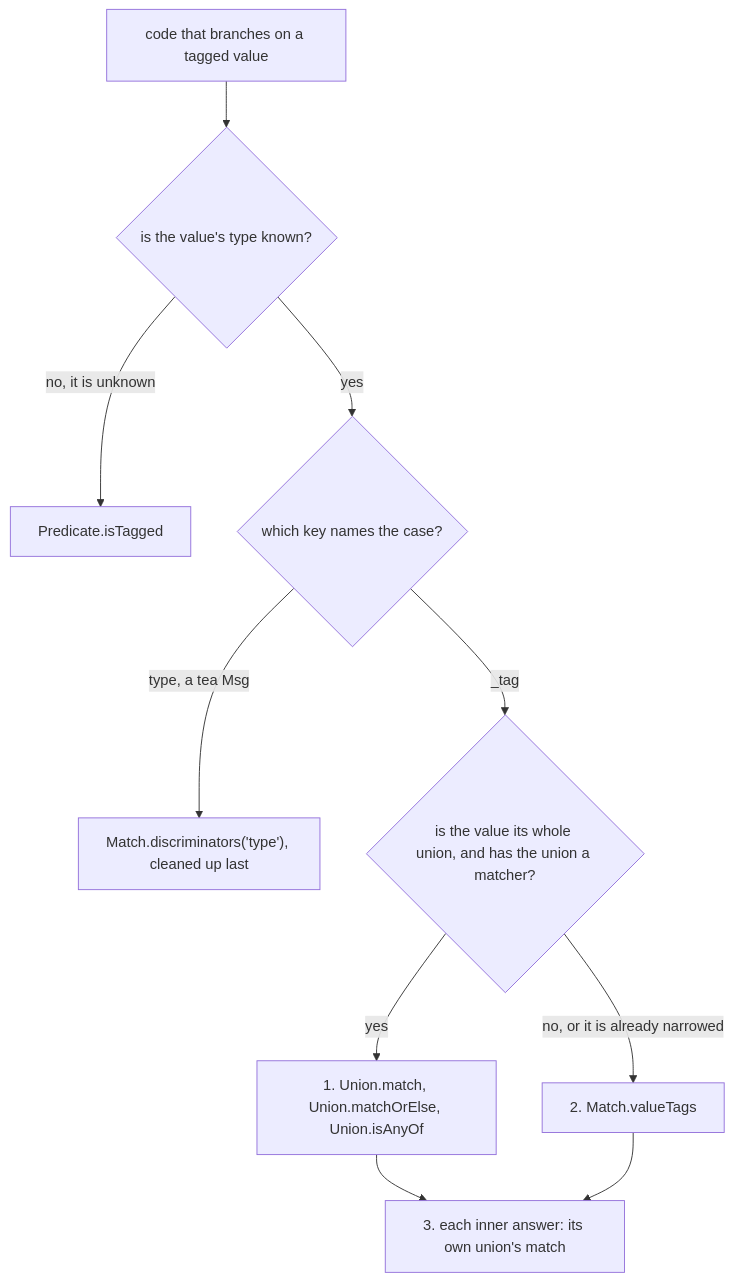
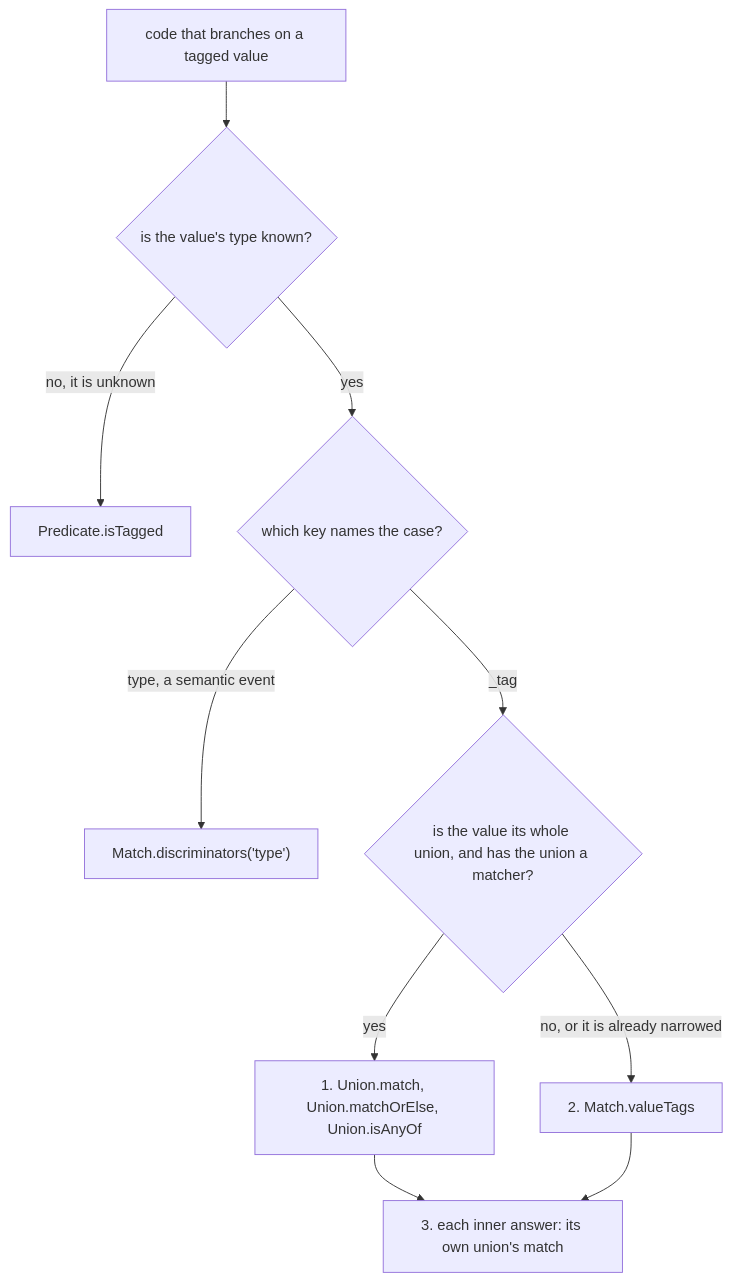
Before and after one commit to kamp-us/tea-fabrika: the diagram in .decisions/0567-a-tagged-value-is-matched.md, drawn with Mermaid. The commit also changed other lines of this file and 66 other files, not shown here.

````diff
--- a/.decisions/0567-a-tagged-value-is-matched.md
+++ b/.decisions/0567-a-tagged-value-is-matched.md
@@ -11,12 +11,12 @@
 ```mermaid
 flowchart TD
   value["code that branches on a tagged value"] --> known{"is the value's type known?"}
   known -- "no, it is unknown" --> guard["Predicate.isTagged"]
   known -- yes --> key{"which key names the case?"}
-  key -- "type, a tea Msg" --> msg["Match.discriminators('type'), cleaned up last"]
+  key -- "type, a semantic event" --> msg["Match.discriminators('type')"]
   key -- "_tag" --> own{"is the value its whole union, and has the union a matcher?"}
   own -- yes --> first["1. Union.match, Union.matchOrElse, Union.isAnyOf"]
   own -- "no, or it is already narrowed" --> second["2. Match.valueTags"]
   first --> inner["3. each inner answer: its own union's match"]
   second --> inner
 ```
````
